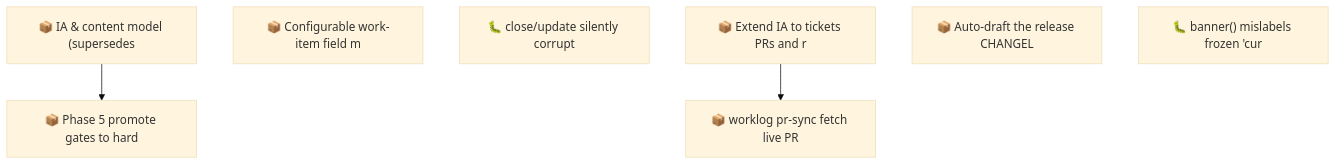
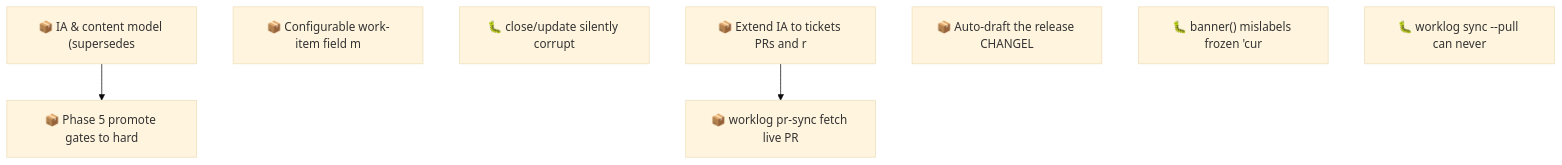
The second of 2 diagrams in docs/roadmap.md (SpillwaveSolutions/wiki_ticket_sdd), drawn with Mermaid (base theme) before and after one commit. The commit also changed other lines of this file and 1 other file, not shown here.

First line of the commit message:
chore(worklog): file worklog-sync pull-cursor bootstrap bug

````diff
--- a/docs/roadmap.md
+++ b/docs/roadmap.md
@@ -80,13 +82,14 @@
 ```mermaid
 graph TD
     01KY5G9ZW0H2YMNWDFJYGRPYE5["📦 IA & content model (supersedes"]
     01KY5G9ZW0RABXWHEMEP1FAV2G["📦 Phase 5 promote gates to hard"]
     01KY5NE0ZYGBWG44N0KPEBFCZ8["📦 Configurable work-item field m"]
     01KYA99TVCGX79HFNHN1DVT7Y6["🐛 close/update silently corrupt"]
     01KYABYEQP8ANXGYPBCV2T20D8["📦 Extend IA to tickets PRs and r"]
     01KYAC0AC01R4C6W7YY1X8NVRV["📦 Auto-draft the release CHANGEL"]
     01KYACFJA0SQSF4C83BJZXB5MY["🐛 banner() mislabels frozen 'cur"]
     01KYADGT9Q48EKJZVQQSH4HXWZ["📦 worklog pr-sync fetch live PR"]
+    01KYAGZ8KK46SQF1MKHAHVCTJV["🐛 worklog sync --pull can never"]
     01KY5G9ZW0H2YMNWDFJYGRPYE5 --> 01KY5G9ZW0RABXWHEMEP1FAV2G
     01KYABYEQP8ANXGYPBCV2T20D8 --> 01KYADGT9Q48EKJZVQQSH4HXWZ
 ```
````
